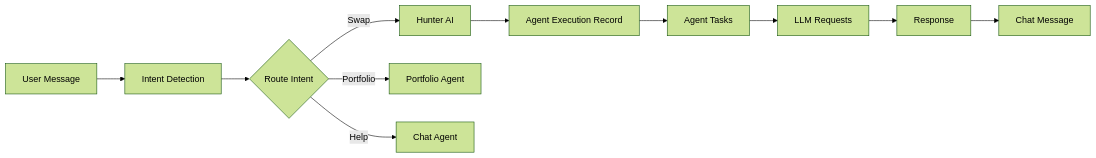
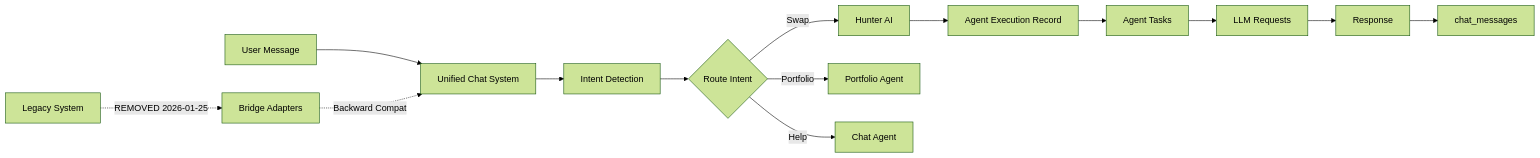
Before and after one commit to fabian416/anvil_backend: the diagram in docs/ceo/database-architecture-spec.md, drawn with Mermaid (forest theme). The commit also changed other lines of this file and 1 other file, not shown here.

First line of the commit message:
docs: correct chat system status - legacy fully removed 2026-01-25

````diff
--- a/docs/ceo/database-architecture-spec.md
+++ b/docs/ceo/database-architecture-spec.md
@@ -1648,13 +1653,17 @@
 ```mermaid
 graph LR
-    A[User Message] --> B[Intent Detection]
-    B --> C{Route Intent}
-    C -->|Swap| D[Hunter AI]
-    C -->|Portfolio| E[Portfolio Agent]
-    C -->|Help| F[Chat Agent]
-    D --> G[Agent Execution Record]
-    G --> H[Agent Tasks]
-    H --> I[LLM Requests]
-    I --> J[Response]
-    J --> K[Chat Message]
+    A[User Message] --> B[Unified Chat System]
+    B --> C[Intent Detection]
+    C --> D{Route Intent}
+    D -->|Swap| E[Hunter AI]
+    D -->|Portfolio| F[Portfolio Agent]
+    D -->|Help| G[Chat Agent]
+    E --> H[Agent Execution Record]
+    H --> I[Agent Tasks]
+    I --> J[LLM Requests]
+    J --> K[Response]
+    K --> L[chat_messages]
+
+    Note1[Bridge Adapters] -.->|Backward Compat| B
+    Note2[Legacy System] -.->|REMOVED 2026-01-25| Note1
 ```
````
